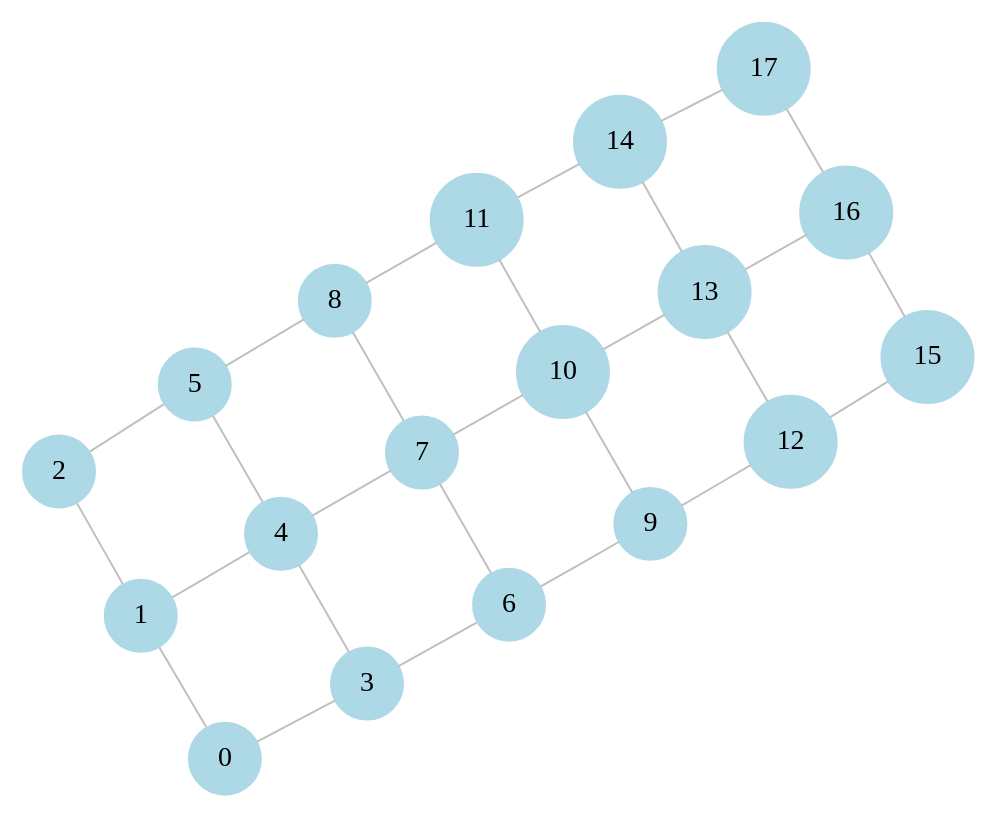
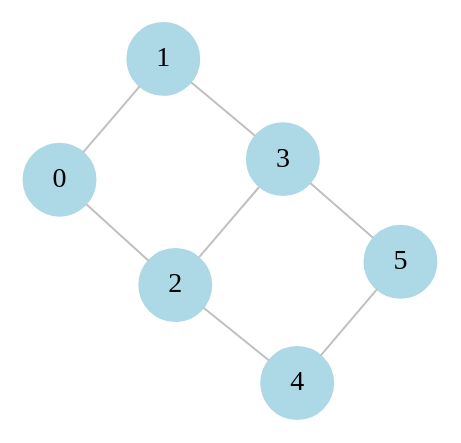
The diagram in figs/lattice2DGraphUpdated.dot (fieldofnodes/MBQC), drawn with Graphviz before and after one commit. The commit also changed 8 other files, not shown here.

```diff
--- a/figs/lattice2DGraphUpdated.dot
+++ b/figs/lattice2DGraphUpdated.dot
@@ -1,53 +1,21 @@
 graph G {
 graph [layout = neato]
 node [shape = circle,
 style = filled,
 style = filled,
 color = lightblue]
 edge [color = silver]
 0;
 1;
 2;
 3;
 4;
 5;
-6;
-7;
-8;
-9;
-10;
-11;
-12;
-13;
-14;
-15;
-16;
-17;
 0--1 ;
-0--3 ;
-3--4 ;
-3--6 ;
-6--7 ;
-6--9 ;
-9--10 ;
-9--12 ;
-12--13 ;
-12--15 ;
-15--16 ;
-1--2 ;
-1--4 ;
+0--2 ;
+2--3 ;
+2--4 ;
 4--5 ;
-4--7 ;
-7--8 ;
-7--10 ;
-10--11 ;
-10--13 ;
-13--14 ;
-13--16 ;
-16--17 ;
-2--5 ;
-5--8 ;
-8--11 ;
-11--14 ;
-14--17 ;
+1--3 ;
+3--5 ;
 }
```
